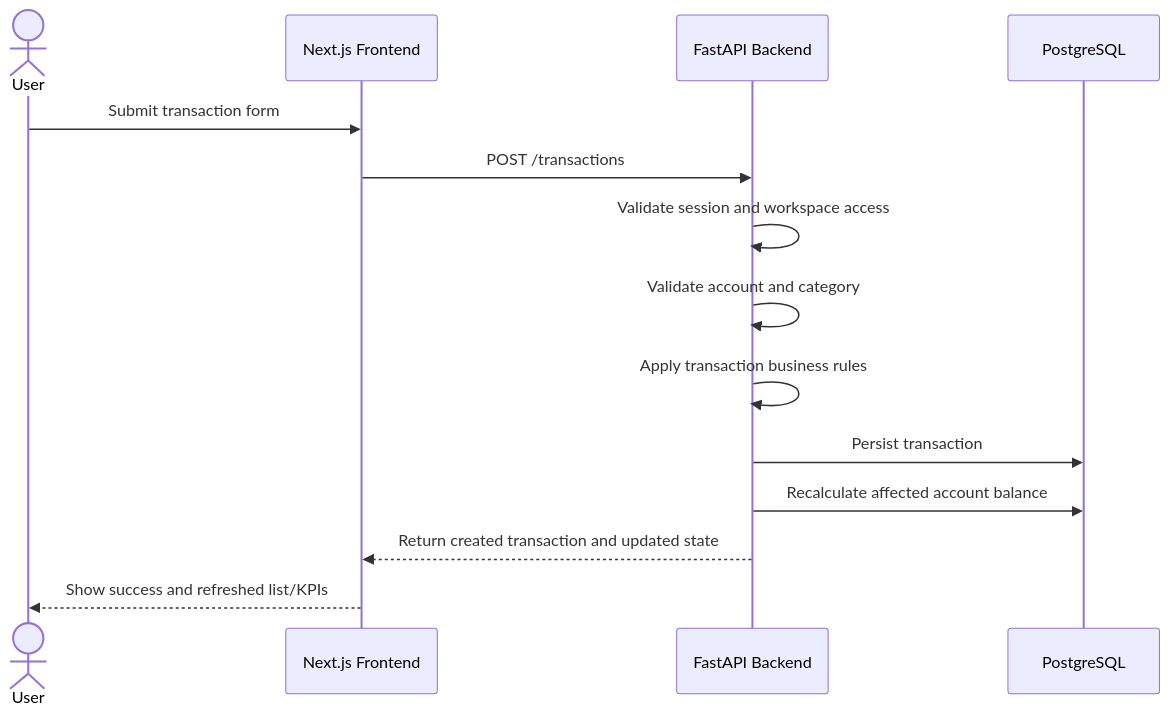
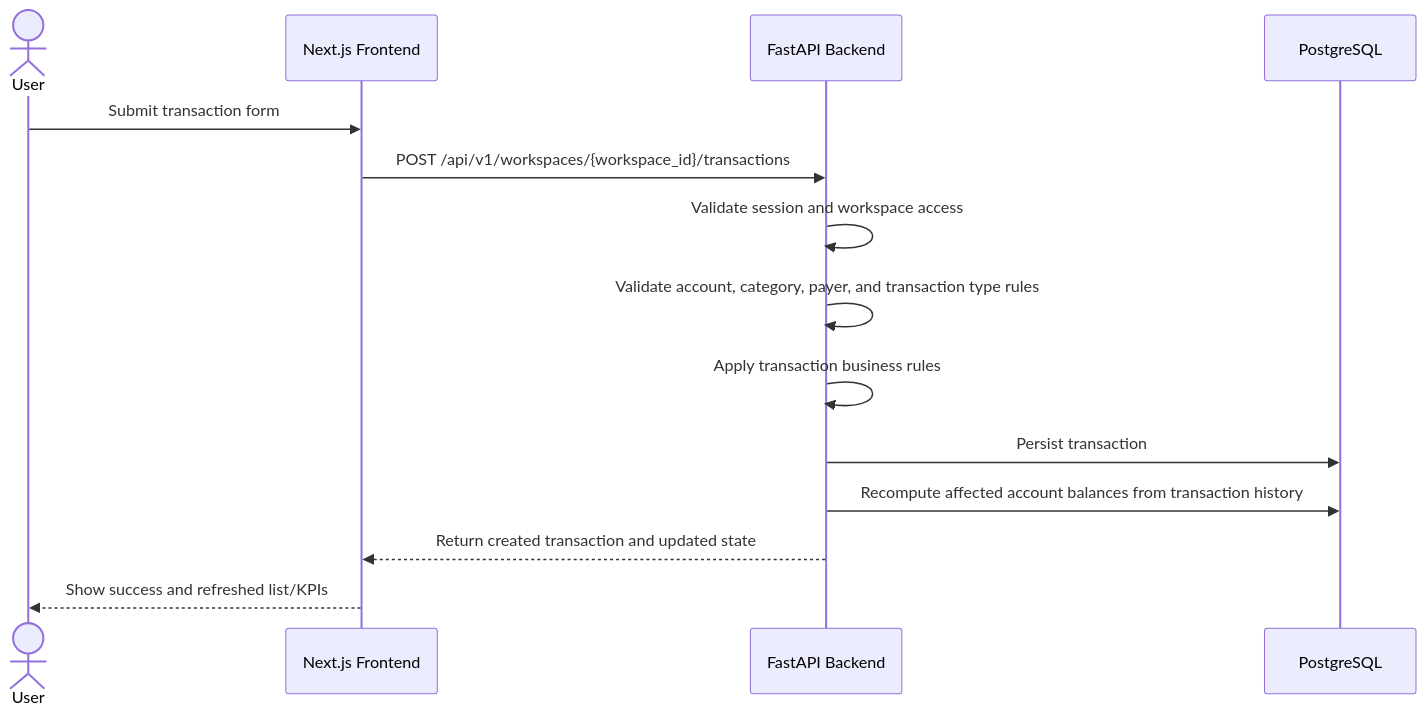
One commit to creep1ng/shared-expenses-tracking changed the eighth of 11 diagrams in docs/architecture/runtime-flows.md. Above: the diagram before and after it, drawn with Mermaid. The commit also changed other lines of this file and 30 other files, not shown here.

First line of the commit message:
feat(backend,frontend): implement transactions CRUD foundation and transfers

````diff
--- a/docs/architecture/runtime-flows.md
+++ b/docs/architecture/runtime-flows.md
@@ -157,17 +157,17 @@
 ```mermaid
 sequenceDiagram
     actor User
     participant Frontend as Next.js Frontend
     participant Backend as FastAPI Backend
     participant DB as PostgreSQL
 
     User->>Frontend: Submit transaction form
-    Frontend->>Backend: POST /transactions
+    Frontend->>Backend: POST /api/v1/workspaces/{workspace_id}/transactions
     Backend->>Backend: Validate session and workspace access
-    Backend->>Backend: Validate account and category
+    Backend->>Backend: Validate account, category, payer, and transaction type rules
     Backend->>Backend: Apply transaction business rules
     Backend->>DB: Persist transaction
-    Backend->>DB: Recalculate affected account balance
+    Backend->>DB: Recompute affected account balances from transaction history
     Backend-->>Frontend: Return created transaction and updated state
     Frontend-->>User: Show success and refreshed list/KPIs
 ```
````
